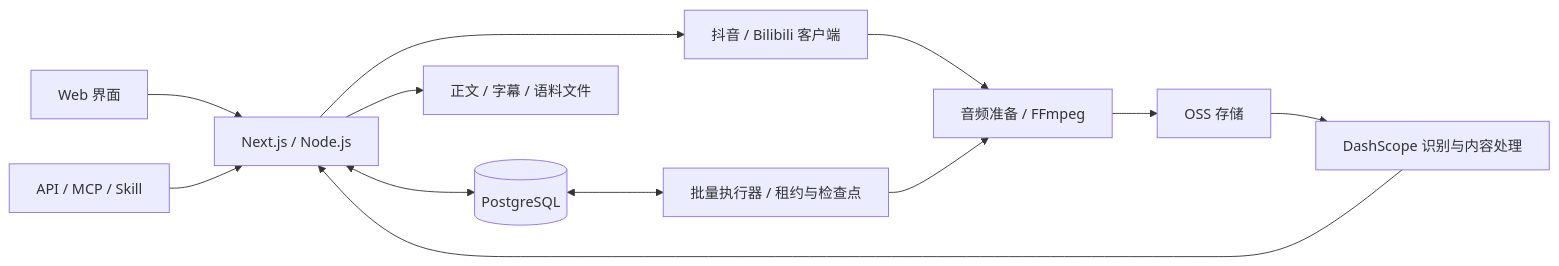
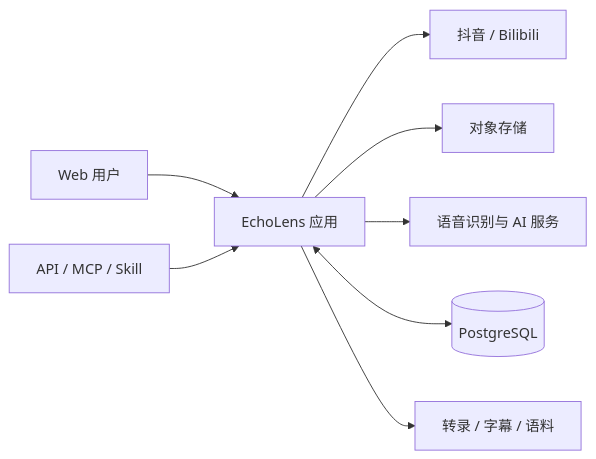
The first of 2 diagrams in README.md (zhanpoint/EchoLens), drawn with Mermaid before and after one commit. The commit also changed other lines of this file and 3 other files, not shown here.

````diff
--- a/README.md
+++ b/README.md
@@ -179,14 +79,10 @@
 ```mermaid
 flowchart LR
-    Web[Web 界面] --> App[Next.js / Node.js]
+    Users[Web 用户] --> App[EchoLens 应用]
     Tools[API / MCP / Skill] --> App
-    App --> Media[抖音 / Bilibili 客户端]
-    Media --> Audio[音频准备 / FFmpeg]
-    Audio --> OSS[OSS 存储]
-    OSS --> AI[DashScope 识别与内容处理]
-    AI --> App
+    App --> Platforms[抖音 / Bilibili]
+    App --> Storage[对象存储]
+    App --> AI[语音识别与 AI 服务]
     App <--> DB[(PostgreSQL)]
-    DB <--> Worker[批量执行器 / 租约与检查点]
-    Worker --> Audio
-    App --> Output[正文 / 字幕 / 语料文件]
+    App --> Output[转录 / 字幕 / 语料]
 ```
````
